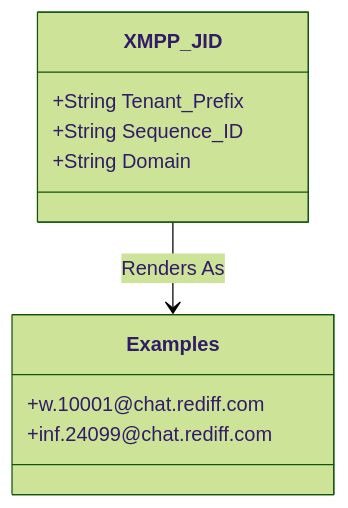
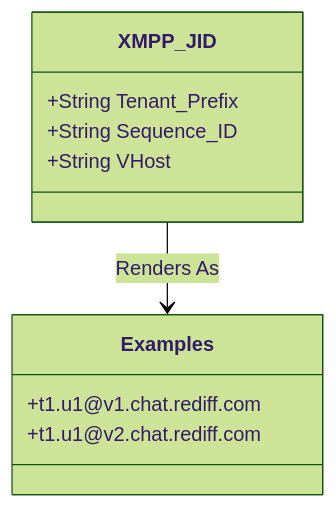
Before and after one commit to abhiramnagaraj-arch/rediff-chat: the second of 2 diagrams in docs/01_project_architecture.md, drawn with Mermaid (forest theme). The commit also changed other lines of this file and 1495 other files, not shown here.

````diff
--- a/docs/01_project_architecture.md
+++ b/docs/01_project_architecture.md
@@ -118,15 +118,15 @@
 ```mermaid
 classDiagram
     class XMPP_JID {
         +String Tenant_Prefix
         +String Sequence_ID
-        +String Domain
+        +String VHost
     }
     
     class Examples {
-        +w.10001@chat.rediff.com
-        +inf.24099@chat.rediff.com
+        +t1.u1@v1.chat.rediff.com
+        +t1.u1@v2.chat.rediff.com
     }
 
     XMPP_JID --> Examples : Renders As
 ```
````
